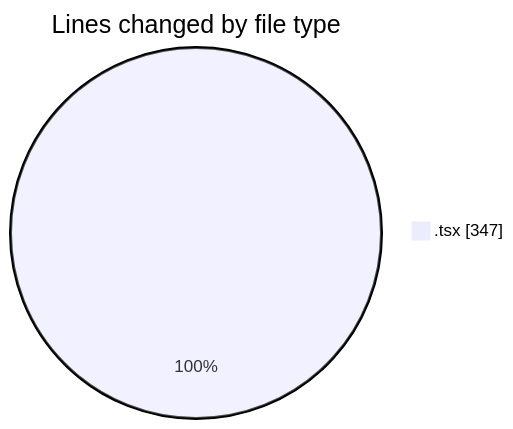
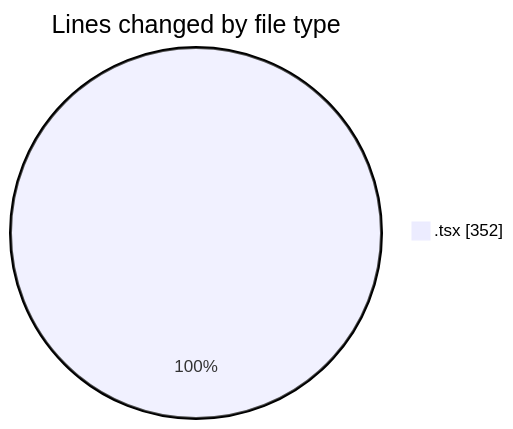
One commit to nxtqubesakshisongat/code-tracking changed the first of 2 diagrams in 2026-07-15/nxtqube_webapp/README.md. Above: the diagram before and after it, drawn with Mermaid. The commit also changed other lines of this file and 1 other file, not shown here.

````diff
--- a/2026-07-15/nxtqube_webapp/README.md
+++ b/2026-07-15/nxtqube_webapp/README.md
@@ -20,5 +20,5 @@
 ```mermaid
 pie showData
 title Lines changed by file type
-".tsx" : 347
+".tsx" : 352
 ```
````
